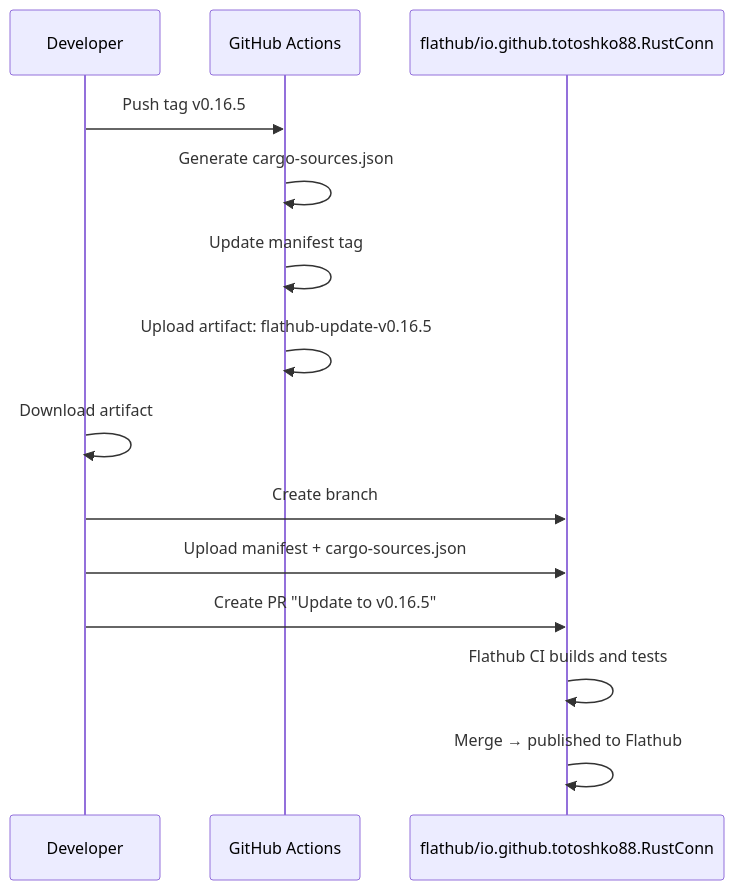
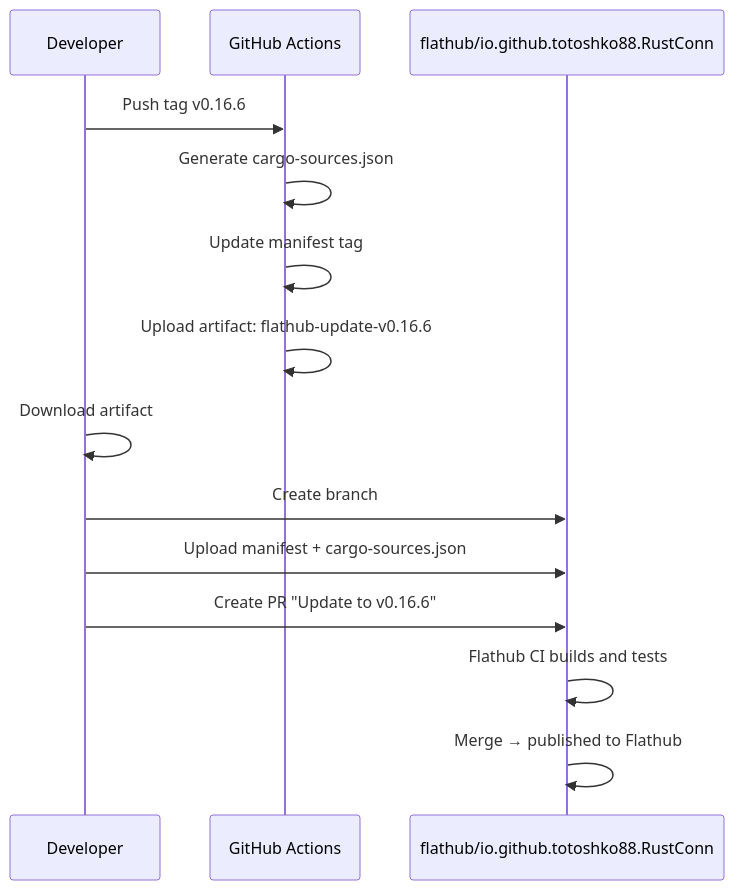
One commit to shanecaf/RustConn changed the sixth of 6 diagrams in docs/CI_BUILD_FLOW.md. Above: the diagram before and after it, drawn with Mermaid. The commit also changed other lines of this file and 22 other files, not shown here.

````diff
--- a/docs/CI_BUILD_FLOW.md
+++ b/docs/CI_BUILD_FLOW.md
@@ -245,18 +245,18 @@
 ```mermaid
 sequenceDiagram
     participant Dev as Developer
     participant GH as GitHub Actions
     participant FH as flathub/io.github.totoshko88.RustConn
 
-    Dev->>GH: Push tag v0.16.5
+    Dev->>GH: Push tag v0.16.6
     GH->>GH: Generate cargo-sources.json
     GH->>GH: Update manifest tag
-    GH->>GH: Upload artifact: flathub-update-v0.16.5
+    GH->>GH: Upload artifact: flathub-update-v0.16.6
 
     Dev->>Dev: Download artifact
     Dev->>FH: Create branch
     Dev->>FH: Upload manifest + cargo-sources.json
-    Dev->>FH: Create PR "Update to v0.16.5"
+    Dev->>FH: Create PR "Update to v0.16.6"
     FH->>FH: Flathub CI builds and tests
     FH->>FH: Merge → published to Flathub
 ```
````
